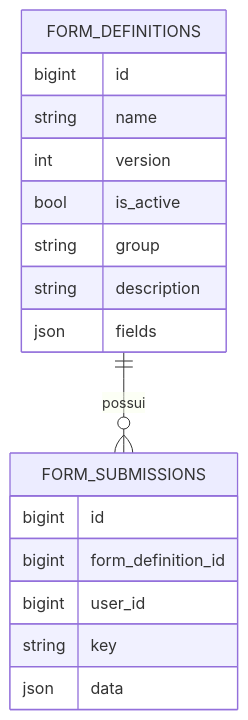
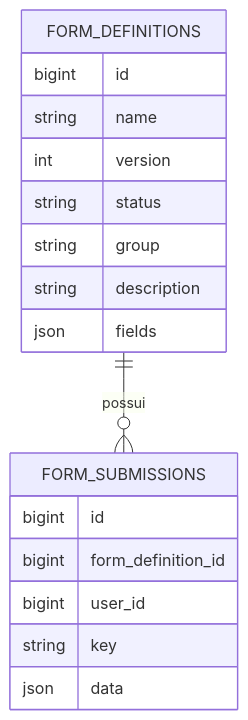
The diagram in docs/submissoes/modelagem.md (DudsFerraz/forms), drawn with Mermaid before and after one commit. The commit also changed other lines of this file and 12 other files, not shown here.

````diff
--- a/docs/submissoes/modelagem.md
+++ b/docs/submissoes/modelagem.md
@@ -34,20 +34,20 @@
 ```mermaid
 erDiagram
     FORM_DEFINITIONS ||--o{ FORM_SUBMISSIONS : "possui"
     FORM_DEFINITIONS {
         bigint id
         string name
         int version
-        bool is_active
+        string status
         string group
         string description
         json fields
     }
     FORM_SUBMISSIONS {
         bigint id
         bigint form_definition_id
         bigint user_id
         string key
         json data
     }
 ```
````
